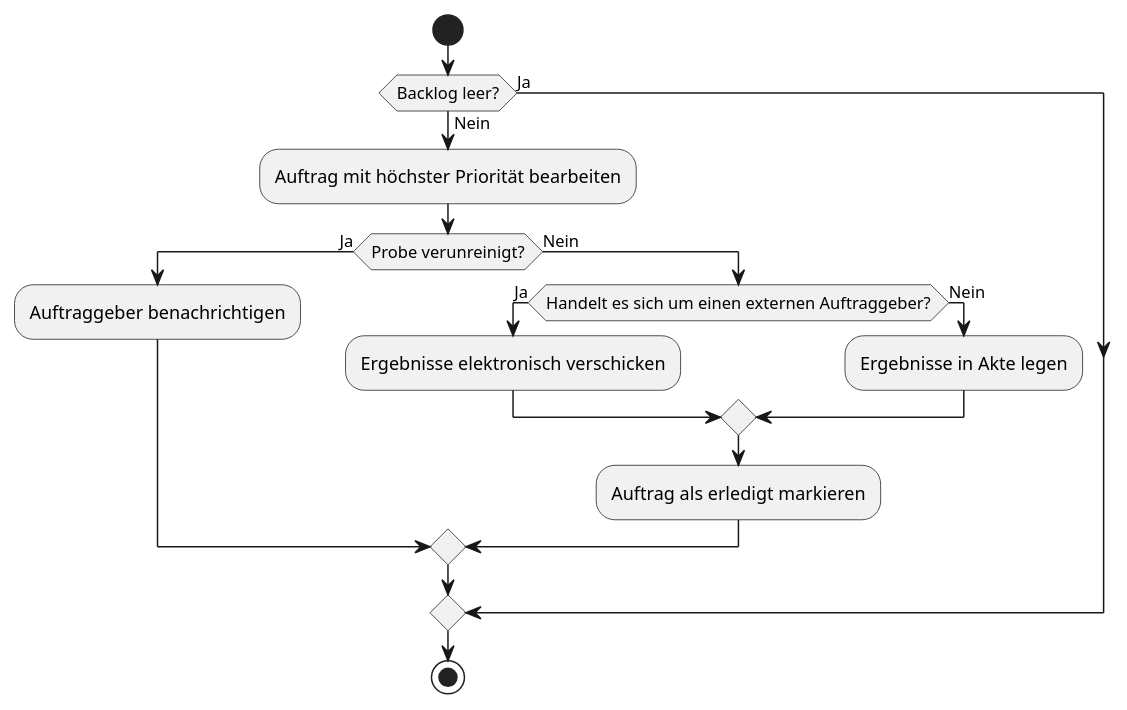
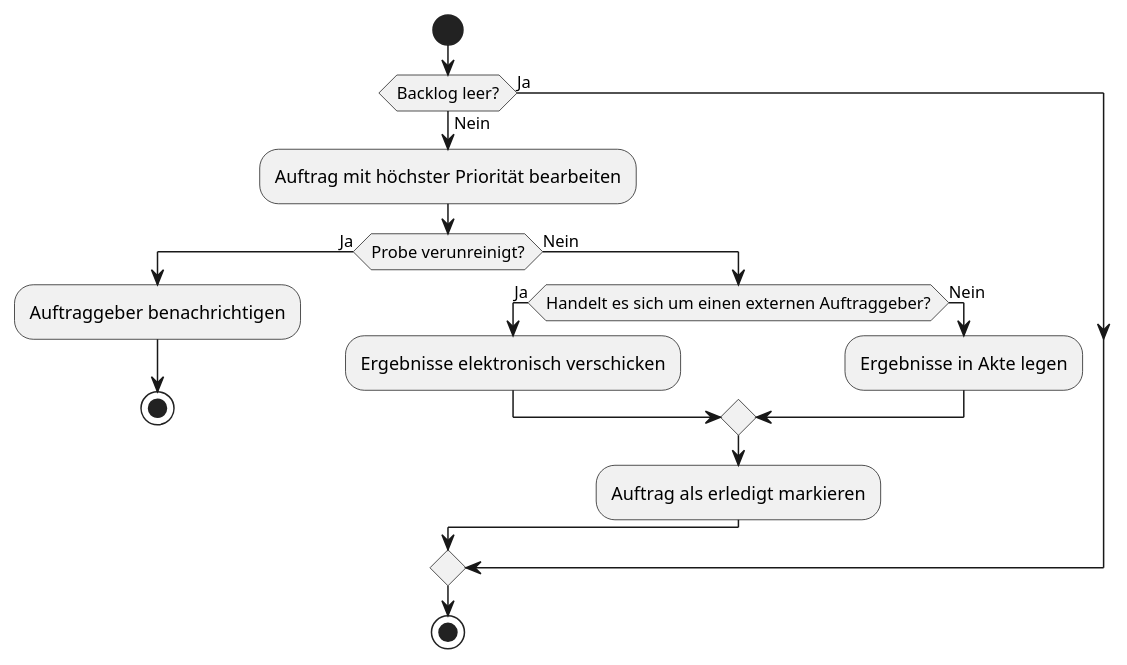
The first of 11 diagrams in docs/2_planning/3_activity_diagrams.md (helenlaible/ss23-kba-project), drawn with PlantUML before and after one commit.

Commit message:
Update 3_activity_diagrams.md
Typo fixed

````diff
--- a/docs/2_planning/3_activity_diagrams.md
+++ b/docs/2_planning/3_activity_diagrams.md
@@ -5,22 +5,23 @@
 ```plantuml Backlog bearbeiten
 @startuml
 start
 
 if (Backlog leer?) then (Ja)
 else (Nein)
   :Auftrag mit höchster Priorität bearbeiten;
   if (Probe verunreinigt?) then (Ja)
     :Auftraggeber benachrichtigen;
+    stop
   else (Nein)
     if (Handelt es sich um einen externen Auftraggeber?) then (Ja)
       :Ergebnisse elektronisch verschicken;
     else (Nein)
       :Ergebnisse in Akte legen;
     endif
     :Auftrag als erledigt markieren;
   endif
 endif
 
 stop
 @enduml
 ```
````
